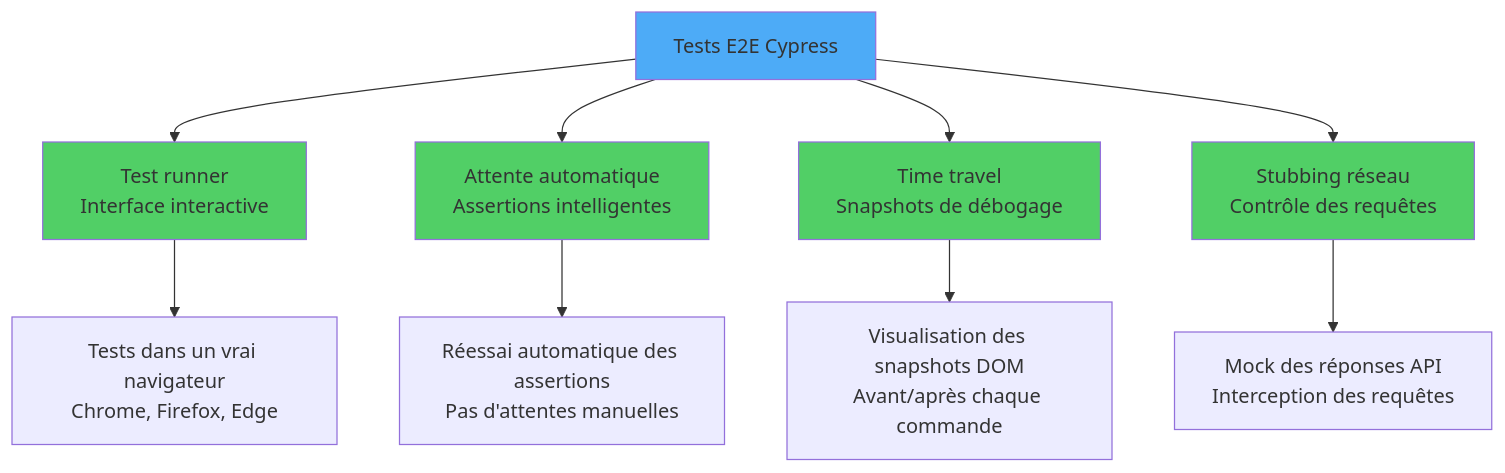
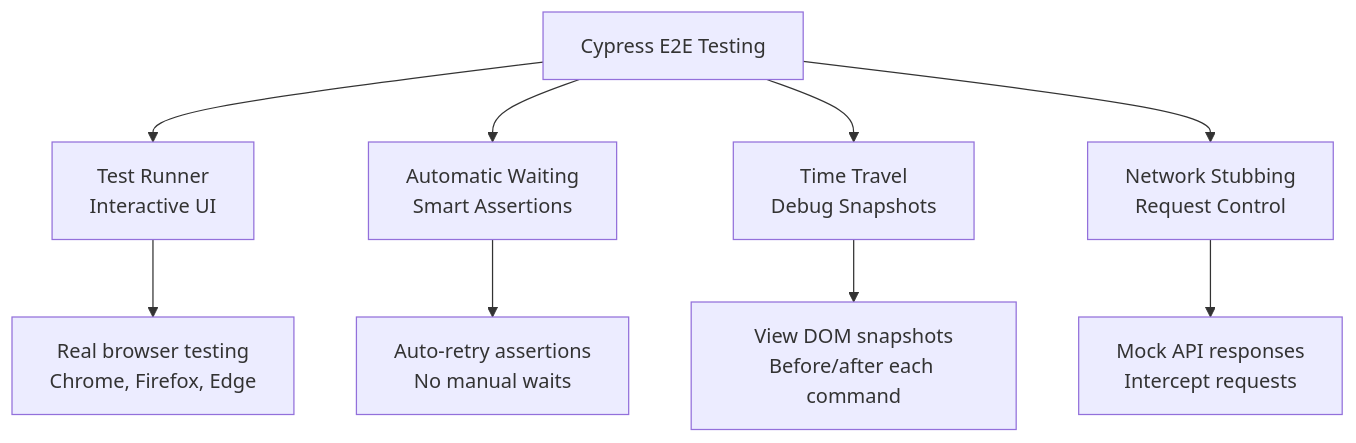
One commit to BabaScience/react-guides changed the eighth of 10 diagrams in arguments/chapters/fr/10-testing.md. Above: the diagram before and after it, drawn with Mermaid. The commit also changed other lines of this file and 29 other files, not shown here.

First line of the commit message:
Bring React FR/IT translations to full English parity + theme-safe diagrams

````diff
--- a/arguments/chapters/fr/10-testing.md
+++ b/arguments/chapters/fr/10-testing.md
@@ -310,18 +1882,13 @@
 ```mermaid
 graph TD
-    A[Tests E2E Cypress] --> B[Test runner<br/>Interface interactive]
-    A --> C[Attente automatique<br/>Assertions intelligentes]
-    A --> D[Time travel<br/>Snapshots de débogage]
-    A --> E[Stubbing réseau<br/>Contrôle des requêtes]
-
-    B --> B1[Tests dans un vrai navigateur<br/>Chrome, Firefox, Edge]
-    C --> C1[Réessai automatique des assertions<br/>Pas d'attentes manuelles]
-    D --> D1[Visualisation des snapshots DOM<br/>Avant/après chaque commande]
-    E --> E1[Mock des réponses API<br/>Interception des requêtes]
-
-    style A fill:#4dabf7
-    style B fill:#51cf66
-    style C fill:#51cf66
-    style D fill:#51cf66
-    style E fill:#51cf66
+    A[Cypress E2E Testing] --> B[Test Runner<br/>Interactive UI]
+    A --> C[Automatic Waiting<br/>Smart Assertions]
+    A --> D[Time Travel<br/>Debug Snapshots]
+    A --> E[Network Stubbing<br/>Request Control]
+    
+    B --> B1[Real browser testing<br/>Chrome, Firefox, Edge]
+    C --> C1[Auto-retry assertions<br/>No manual waits]
+    D --> D1[View DOM snapshots<br/>Before/after each command]
+    E --> E1[Mock API responses<br/>Intercept requests]
+    
 ```
````
